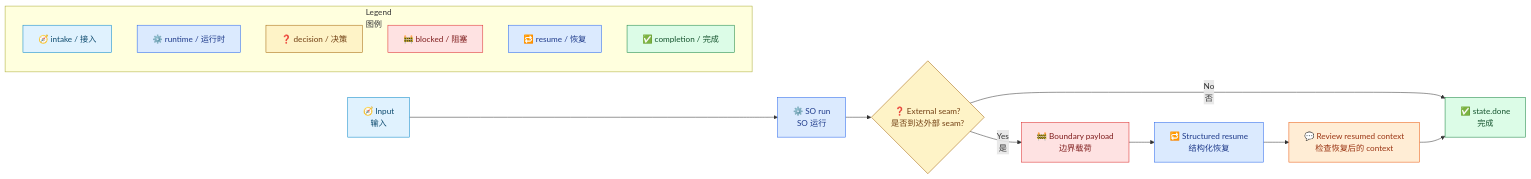
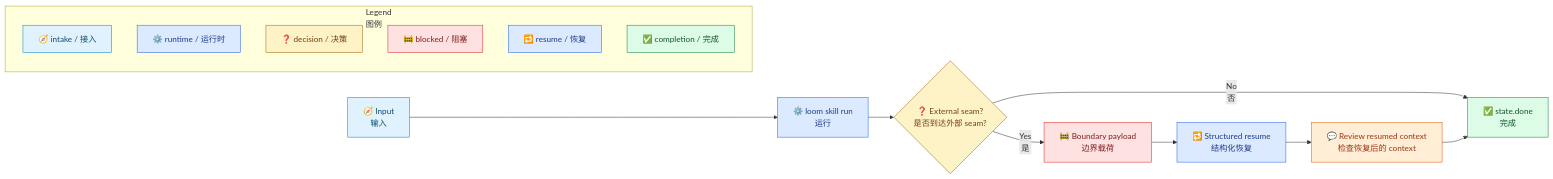
Before and after one commit to waynebaby/Techne-Loom: the first of 2 diagrams in docs/zh-cn/examples/skill-driven-workflow.md, drawn with Mermaid. The commit also changed other lines of this file and 45 other files, not shown here.

````diff
--- a/docs/zh-cn/examples/skill-driven-workflow.md
+++ b/docs/zh-cn/examples/skill-driven-workflow.md
@@ -186,37 +186,37 @@
 ```mermaid
 flowchart LR
-    A["🧭 Input<br/>输入"] --> B["⚙️ SO run<br/>SO 运行"]
+    A["🧭 Input<br/>输入"] --> B["⚙️ loom skill run<br/>运行"]
     B --> C{"❓ External seam?<br/>是否到达外部 seam?"}
     C -- "No<br/>否" --> D["✅ state.done<br/>完成"]
     C -- "Yes<br/>是" --> E["🚧 Boundary payload<br/>边界载荷"]
     E --> F["🔁 Structured resume<br/>结构化恢复"]
     F --> G["💬 Review resumed context<br/>检查恢复后的 context"]
     G --> D
 
     classDef intake fill:#e0f2fe,stroke:#0284c7,color:#0c4a6e;
     classDef runtime fill:#dbeafe,stroke:#2563eb,color:#1e3a8a;
     classDef decision fill:#fef3c7,stroke:#a16207,color:#713f12;
     classDef blocked fill:#fee2e2,stroke:#dc2626,color:#7f1d1d;
     classDef review fill:#ffedd5,stroke:#ea580c,color:#9a3412;
     classDef done fill:#dcfce7,stroke:#15803d,color:#14532d;
     class A intake;
     class B,F runtime;
     class C decision;
     class E blocked;
     class G review;
     class D done;
     subgraph legend["Legend<br/>图例"]
         L1["🧭 intake / 接入"]
         L2["⚙️ runtime / 运行时"]
         L3["❓ decision / 决策"]
         L4["🚧 blocked / 阻塞"]
         L5["🔁 resume / 恢复"]
         L6["✅ completion / 完成"]
     end
     class L1 intake;
     class L2 runtime;
     class L3 decision;
     class L4 blocked;
     class L5 runtime;
     class L6 done;
 ```
````
